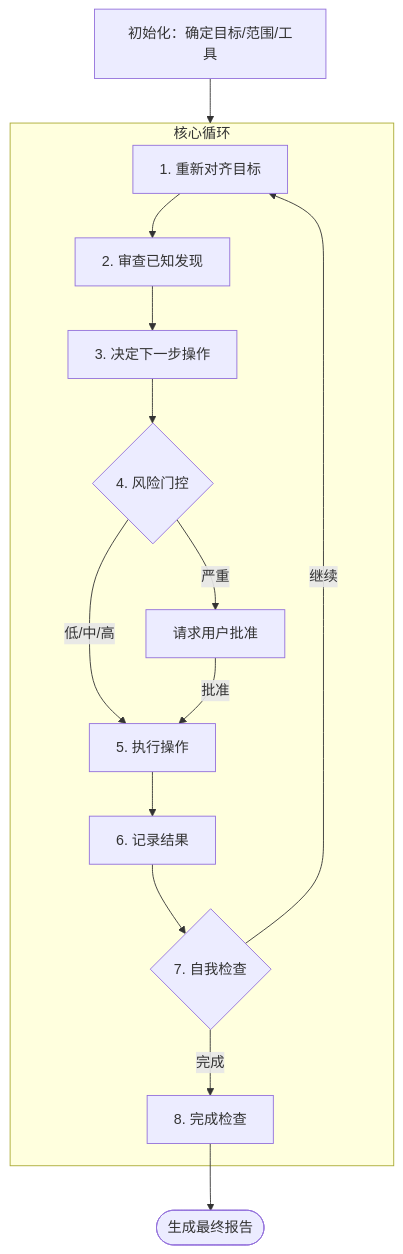
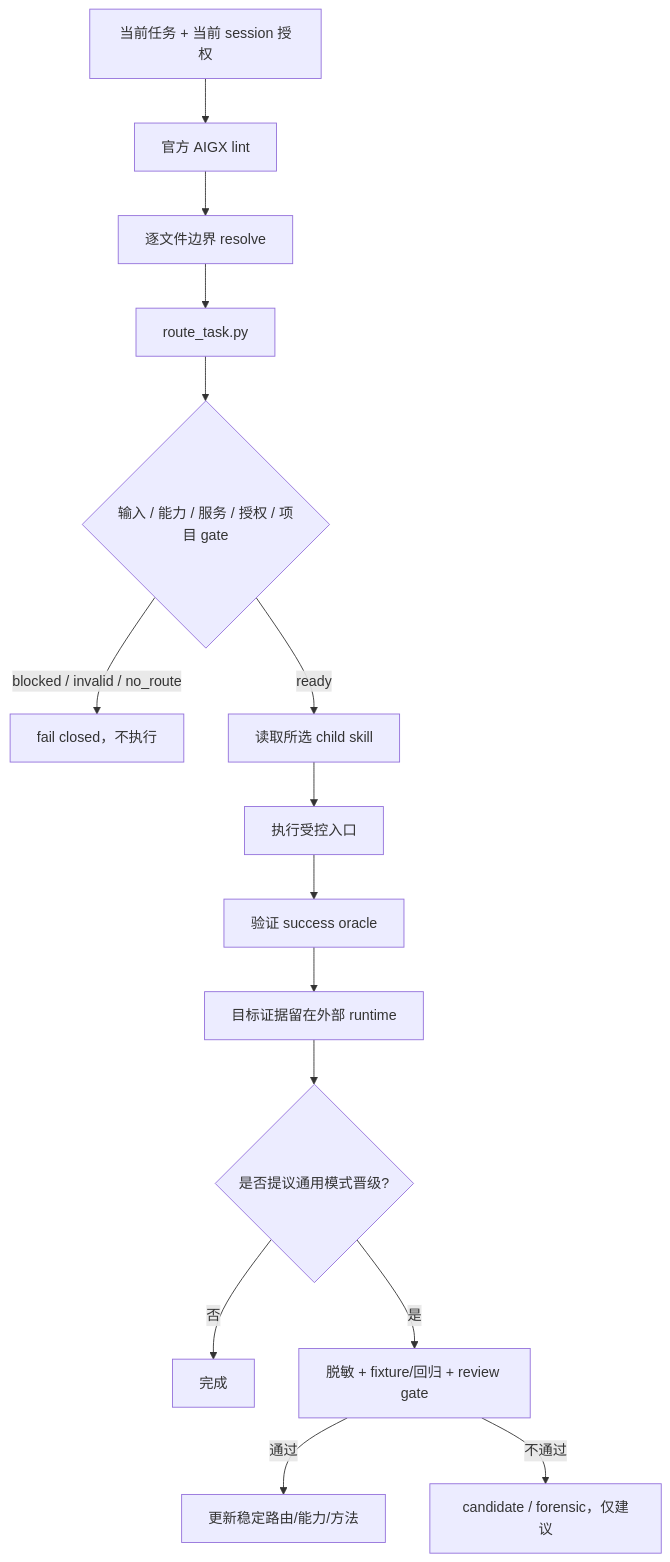
Before and after one commit to 2233admin/reverse-skill-evolver: the diagram in ARCHITECTURE.md, drawn with Mermaid. The commit also changed other lines of this file and 78 other files, not shown here.

````diff
--- a/ARCHITECTURE.md
+++ b/ARCHITECTURE.md
@@ -145,19 +5,17 @@
 ```mermaid
 flowchart TD
-    Init[初始化：确定目标/范围/工具] --> Loop
-
-    subgraph Loop[核心循环]
-        Align[1. 重新对齐目标] --> Review[2. 审查已知发现]
-        Review --> Decide[3. 决定下一步操作]
-        Decide --> Risk{4. 风险门控}
-        Risk -->|低/中/高| Exec[5. 执行操作]
-        Risk -->|严重| Ask[请求用户批准]
-        Ask -->|批准| Exec
-        Exec --> Record[6. 记录结果]
-        Record --> Check{7. 自我检查}
-        Check -->|继续| Align
-        Check -->|完成| Done
-    end
-
-    Done[8. 完成检查] --> Report([生成最终报告])
+    Task[当前任务 + 当前 session 授权] --> AIGX[官方 AIGX lint]
+    AIGX --> Boundaries[逐文件边界 resolve]
+    Boundaries --> Router[route_task.py]
+    Router --> Gates{输入 / 能力 / 服务 / 授权 / 项目 gate}
+    Gates -->|blocked / invalid / no_route| Stop[fail closed，不执行]
+    Gates -->|ready| Skill[读取所选 child skill]
+    Skill --> Entry[执行受控入口]
+    Entry --> Oracle[验证 success oracle]
+    Oracle --> Runtime[目标证据留在外部 runtime]
+    Runtime --> Promotion{是否提议通用模式晋级?}
+    Promotion -->|否| Done[完成]
+    Promotion -->|是| Review[脱敏 + fixture/回归 + review gate]
+    Review -->|通过| Stable[更新稳定路由/能力/方法]
+    Review -->|不通过| Advisory[candidate / forensic，仅建议]
 ```
````
